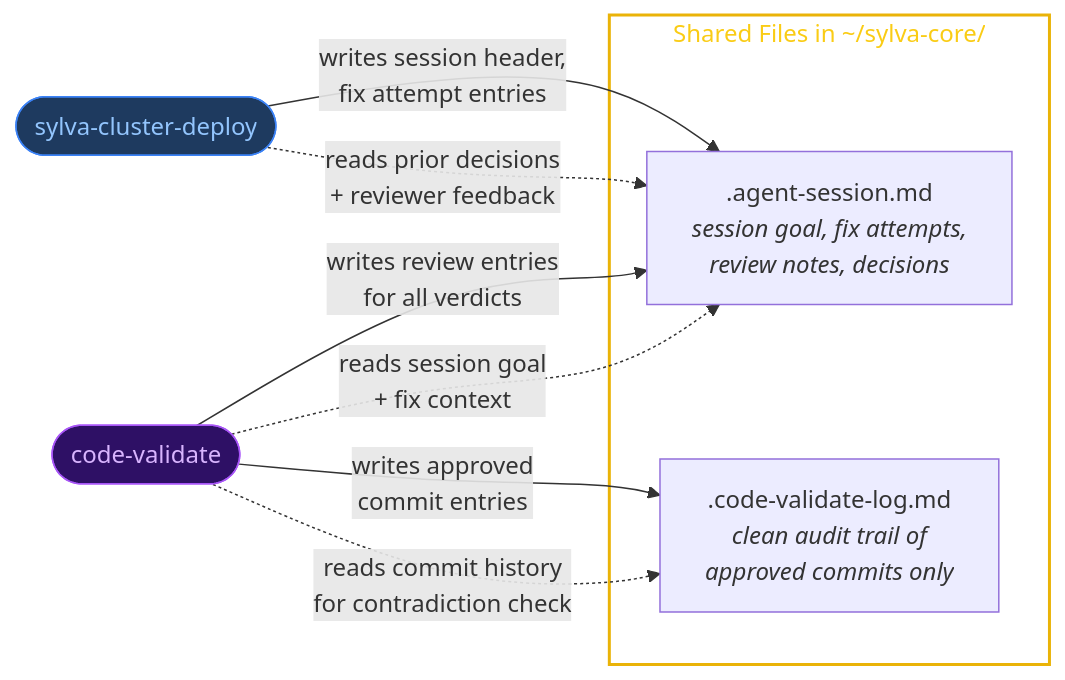
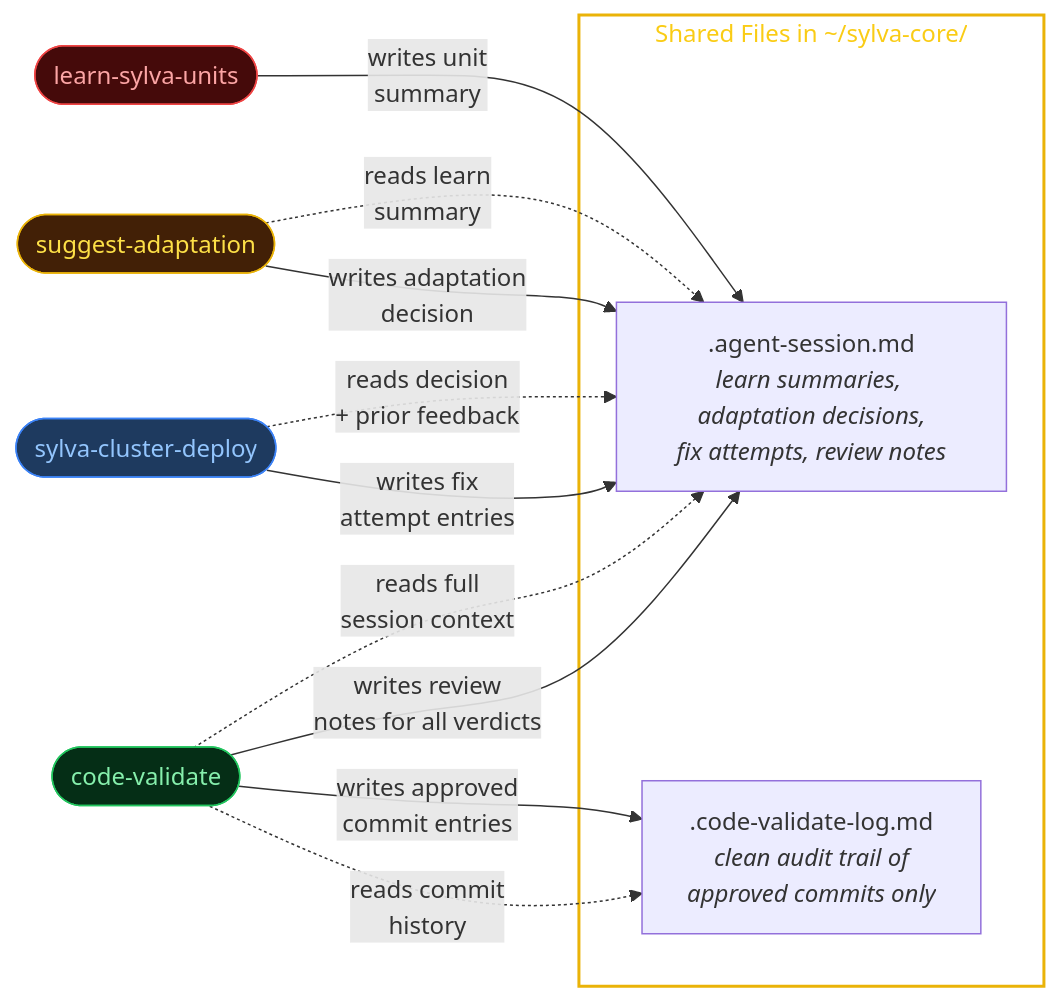
Before and after one commit to AbhishekBandarupalle/claude-skills: the second of 3 diagrams in README.md, drawn with Mermaid. The commit also changed other lines of this file and 4 other files, not shown here.

First line of the commit message:
Add learn-sylva-units and suggest-adaptation agents, wire 4-agent pipeline

````diff
--- a/README.md
+++ b/README.md
@@ -120,21 +153,28 @@
 ```mermaid
 flowchart LR
     subgraph files ["Shared Files in ~/sylva-core/"]
-        Session[".agent-session.md<br/><i>session goal, fix attempts,<br/>review notes, decisions</i>"]
+        Session[".agent-session.md<br/><i>learn summaries, adaptation decisions,<br/>fix attempts, review notes</i>"]
         Log[".code-validate-log.md<br/><i>clean audit trail of<br/>approved commits only</i>"]
     end
 
-    Deploy([sylva-cluster-deploy]):::deploy
-    Validate([code-validate]):::validate
+    LearnAgent([learn-sylva-units]):::learn
+    SuggestAgent([suggest-adaptation]):::suggest
+    DeployAgent([sylva-cluster-deploy]):::deploy
+    ValidateAgent([code-validate]):::validate
 
-    Deploy -->|writes session header,<br/>fix attempt entries| Session
-    Deploy -.->|reads prior decisions<br/>+ reviewer feedback| Session
-    Validate -->|writes review entries<br/>for all verdicts| Session
-    Validate -.->|reads session goal<br/>+ fix context| Session
-    Validate -->|writes approved<br/>commit entries| Log
-    Validate -.->|reads commit history<br/>for contradiction check| Log
+    LearnAgent -->|writes unit<br/>summary| Session
+    SuggestAgent -.->|reads learn<br/>summary| Session
+    SuggestAgent -->|writes adaptation<br/>decision| Session
+    DeployAgent -.->|reads decision<br/>+ prior feedback| Session
+    DeployAgent -->|writes fix<br/>attempt entries| Session
+    ValidateAgent -.->|reads full<br/>session context| Session
+    ValidateAgent -->|writes review<br/>notes for all verdicts| Session
+    ValidateAgent -->|writes approved<br/>commit entries| Log
+    ValidateAgent -.->|reads commit<br/>history| Log
 
+    classDef learn fill:#450a0a,color:#fca5a5,stroke:#ef4444
+    classDef suggest fill:#422006,color:#fde047,stroke:#eab308
     classDef deploy fill:#1e3a5f,color:#93c5fd,stroke:#3b82f6
-    classDef validate fill:#2e1065,color:#d8b4fe,stroke:#a855f7
+    classDef validate fill:#052e16,color:#86efac,stroke:#22c55e
     style files fill:none,stroke:#eab308,stroke-width:2px,color:#facc15
 ```
````
